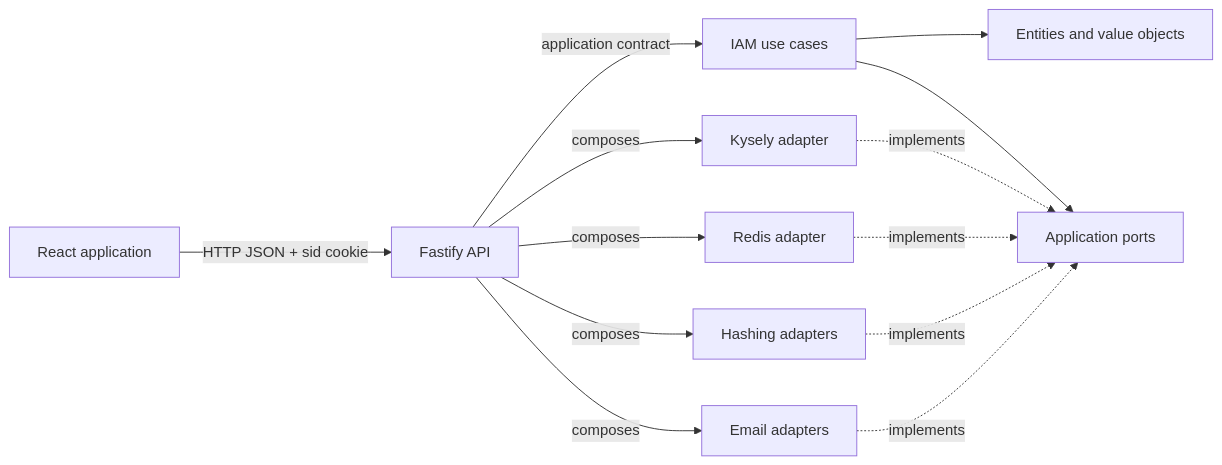
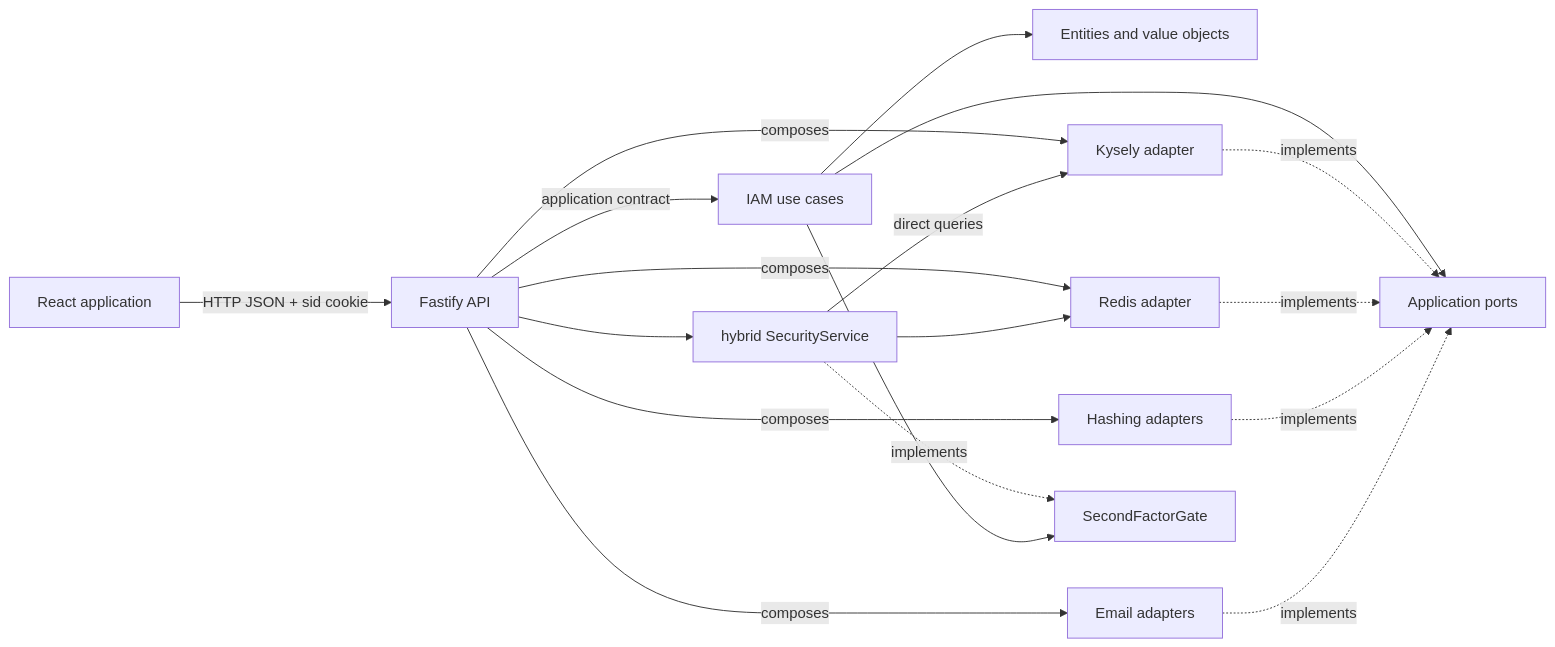
Before and after one commit to Oxelio/architecture-web: the diagram in docs/en/architecture/overview.md, drawn with Mermaid. The commit also changed other lines of this file and 29 other files, not shown here.

Commit message:
docs(architecture): align security docs with implementation

````diff
--- a/docs/en/architecture/overview.md
+++ b/docs/en/architecture/overview.md
@@ -50,15 +53,20 @@
 ```mermaid
 flowchart LR
     Browser[React application] -->|HTTP JSON + sid cookie| API[Fastify API]
     API -->|application contract| UC[IAM use cases]
     UC --> Domain[Entities and value objects]
     UC --> Ports[Application ports]
     Kysely[Kysely adapter] -. implements .-> Ports
     Redis[Redis adapter] -. implements .-> Ports
     Crypto[Hashing adapters] -. implements .-> Ports
     Mail[Email adapters] -. implements .-> Ports
     API -->|composes| Kysely
     API -->|composes| Redis
     API -->|composes| Crypto
     API -->|composes| Mail
+    API --> Security[hybrid SecurityService]
+    Security -->|direct queries| Kysely
+    Security --> Redis
+    Security -. implements .-> Gate[SecondFactorGate]
+    UC --> Gate
 ```
````
